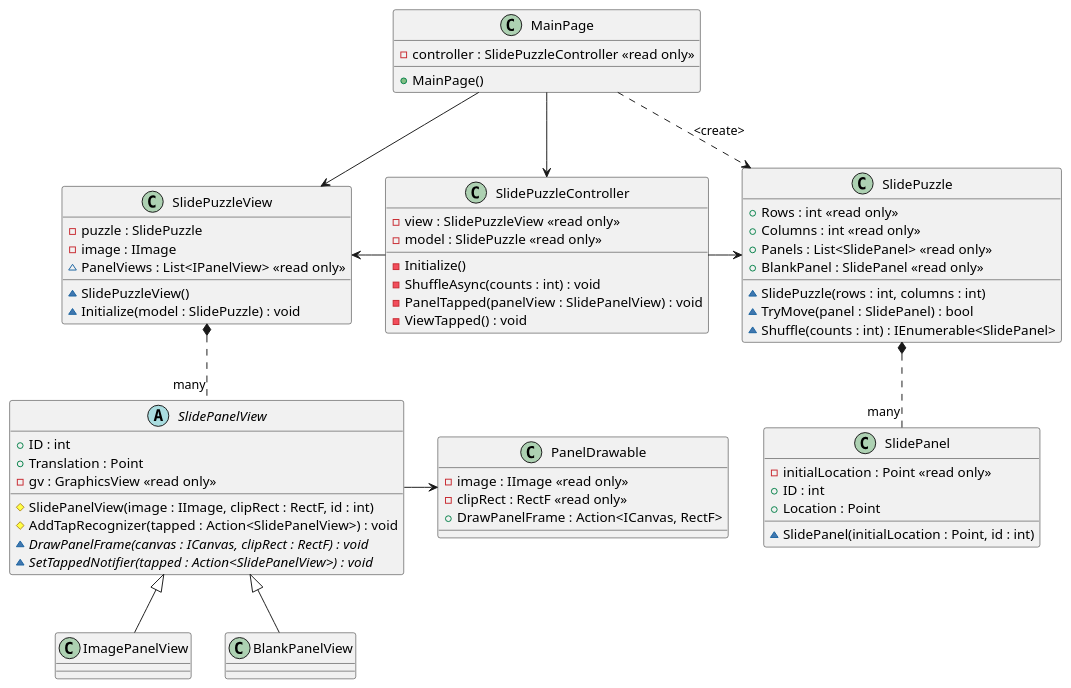
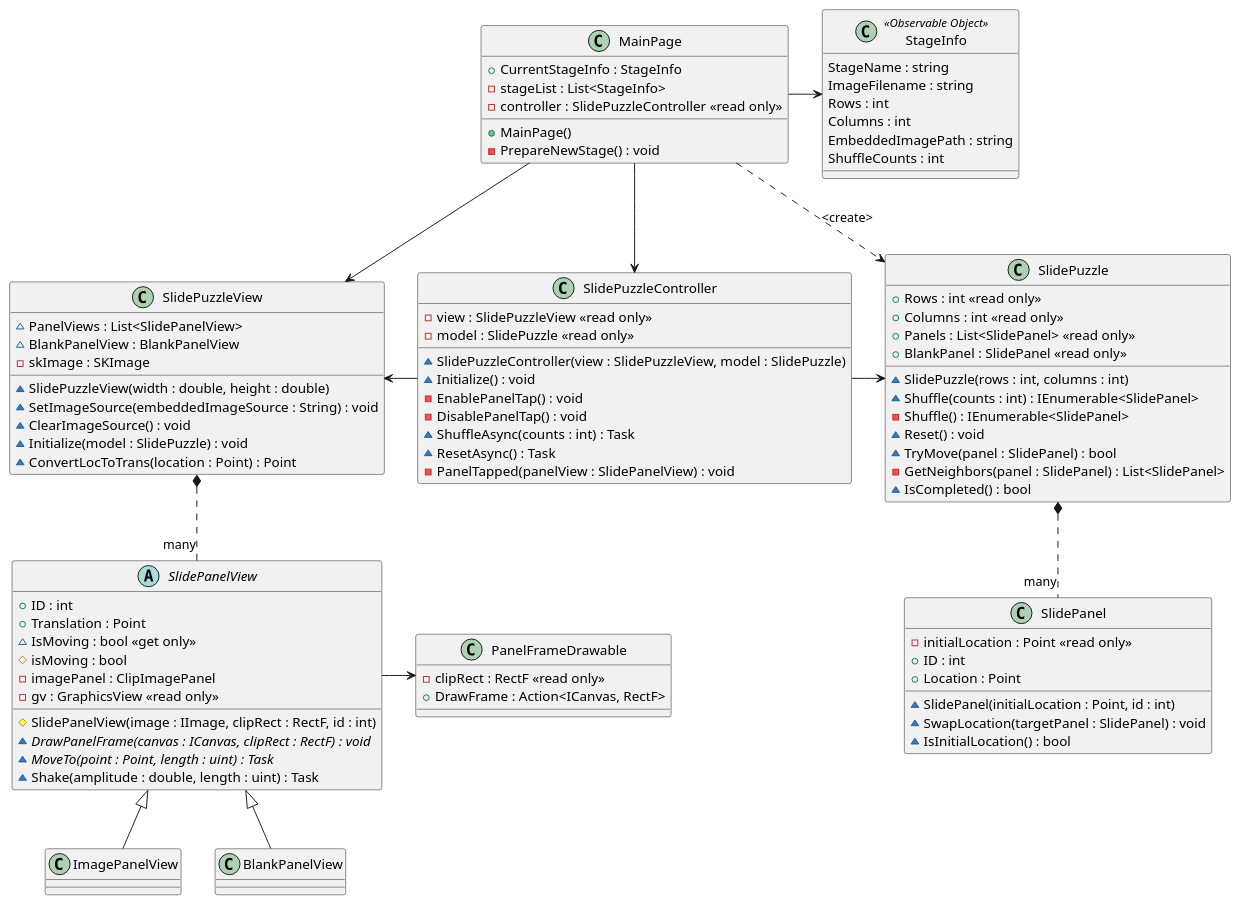
Before and after one commit to tatsuya19871219/MauiSlidePuzzle: the diagram in uml/MauiSlidePuzzle.puml, drawn with PlantUML.

Commit message:
Update UML

```diff
--- a/uml/MauiSlidePuzzle.puml
+++ b/uml/MauiSlidePuzzle.puml
@@ -1,98 +1,132 @@
 @startuml MauiSlidePuzzle
 
 class SlidePuzzleView
 {
-    - puzzle : SlidePuzzle
-    - image : IImage
-    ~ PanelViews : List<IPanelView> <<read only>>
-    ~ SlidePuzzleView()
+    '- puzzle : SlidePuzzle
+    ~ PanelViews : List<SlidePanelView>
+    ~ BlankPanelView : BlankPanelView
+    - skImage : SKImage
+    ~ SlidePuzzleView(width : double, height : double)
+    ~ SetImageSource(embeddedImageSource : String) : void
+    ~ ClearImageSource() : void
     ~ Initialize(model : SlidePuzzle) : void
+    ~ ConvertLocToTrans(location : Point) : Point
     '~ ShuffleAsync(count : int) : Task
 }
 
 abstract SlidePanelView
 {
     + ID : int
     + Translation : Point
+    ~ IsMoving : bool <<get only>>
+    # isMoving : bool
+    - imagePanel : ClipImagePanel
     - gv : GraphicsView <<read only>>
     # SlidePanelView(image : IImage, clipRect : RectF, id : int)
-    # AddTapRecognizer(tapped : Action<SlidePanelView>) : void
+    '# AddTapRecognizer(tapped : Action<SlidePanelView>) : void
     {abstract} ~ DrawPanelFrame(canvas : ICanvas, clipRect : RectF) : void
-    {abstract} ~ SetTappedNotifier(tapped : Action<SlidePanelView>) : void
+    '{abstract} ~ SetTappedNotifier(tapped : Action<SlidePanelView>) : void
+    {abstract} ~ MoveTo(point : Point, length : uint) : Task
+    ~ Shake(amplitude : double, length : uint) : Task
 }
 
 class ImagePanelView
 {
     ' - panel : ImagePanel
     ' - isBlank : bool
     ' ~ ImagePanelView(panel : ImagePanel)
     ' ~ SetAsBlank() : void
 }
 
 class BlankPanelView
 {
 
 }
 
-class PanelDrawable
+class PanelFrameDrawable
 {
-    - image : IImage <<read only>>
+    '- image : IImage <<read only>>
     - clipRect : RectF <<read only>>
-    + DrawPanelFrame : Action<ICanvas, RectF>
+    + DrawFrame : Action<ICanvas, RectF>
 }
 
 class SlidePuzzle
 {
     + Rows : int <<read only>>
     + Columns : int <<read only>>
     + Panels : List<SlidePanel> <<read only>>
     + BlankPanel : SlidePanel <<read only>>
     ' - panels : List<ImagePanel>
     ' - blankPanel : ImagePanel
     ~ SlidePuzzle(rows : int, columns : int)
+    ~ Shuffle(counts : int) : IEnumerable<SlidePanel>
+    - Shuffle() : IEnumerable<SlidePanel>
+    ~ Reset() : void
     ~ TryMove(panel : SlidePanel) : bool
-    ~ Shuffle(counts : int) : IEnumerable<SlidePanel>
+    - GetNeighbors(panel : SlidePanel) : List<SlidePanel>
+    ~ IsCompleted() : bool
 }
 
 class SlidePanel
 {
     - initialLocation : Point <<read only>>
     + ID : int
     + Location : Point
     ~ SlidePanel(initialLocation : Point, id : int)
+    ~ SwapLocation(targetPanel : SlidePanel) : void
+    ~ IsInitialLocation() : bool
 }
 
 class SlidePuzzleController
 {
     - view : SlidePuzzleView <<read only>>
     - model : SlidePuzzle <<read only>>
-    - Initialize()
-    - ShuffleAsync(counts : int) : void
+    ~ SlidePuzzleController(view : SlidePuzzleView, model : SlidePuzzle)
+    ~ Initialize() : void
+    - EnablePanelTap() : void
+    - DisablePanelTap() : void
+    ~ ShuffleAsync(counts : int) : Task
+    ~ ResetAsync() : Task 
     - PanelTapped(panelView : SlidePanelView) : void
-    - ViewTapped() : void
+    '- ViewTapped() : void
+    '- SwapPanelTranslatinoAsync(imagePanelView : ImagePanelView, blankPanelView : BlankPanelView, length : uint) : Task
 }
 
 class MainPage
 {
+    + CurrentStageInfo : StageInfo
+    - stageList : List<StageInfo>
     - controller : SlidePuzzleController <<read only>>
     + MainPage()
-    '- InitializePuzzle() : void
+    - PrepareNewStage() : void
+}
+
+class StageInfo <<Observable Object>>
+{
+    StageName : string
+    ImageFilename : string
+    Rows : int
+    Columns : int
+    EmbeddedImagePath : string
+    ShuffleCounts : int
 }
 
 ' arrows
 ImagePanelView -up-|> SlidePanelView
 BlankPanelView -up-|> SlidePanelView
 
-SlidePanelView -right-> PanelDrawable
+SlidePanelView -right-> PanelFrameDrawable
 
 MainPage --> SlidePuzzleView
 MainPage ..> SlidePuzzle : <create> 
 MainPage --> SlidePuzzleController
 
 SlidePuzzle *.down. "many" SlidePanel
 SlidePuzzleView *.down. "many" SlidePanelView
 
 SlidePuzzleController -left-> SlidePuzzleView
 SlidePuzzleController -right-> SlidePuzzle
 
+MainPage -right-> StageInfo
+
 @enduml
```
